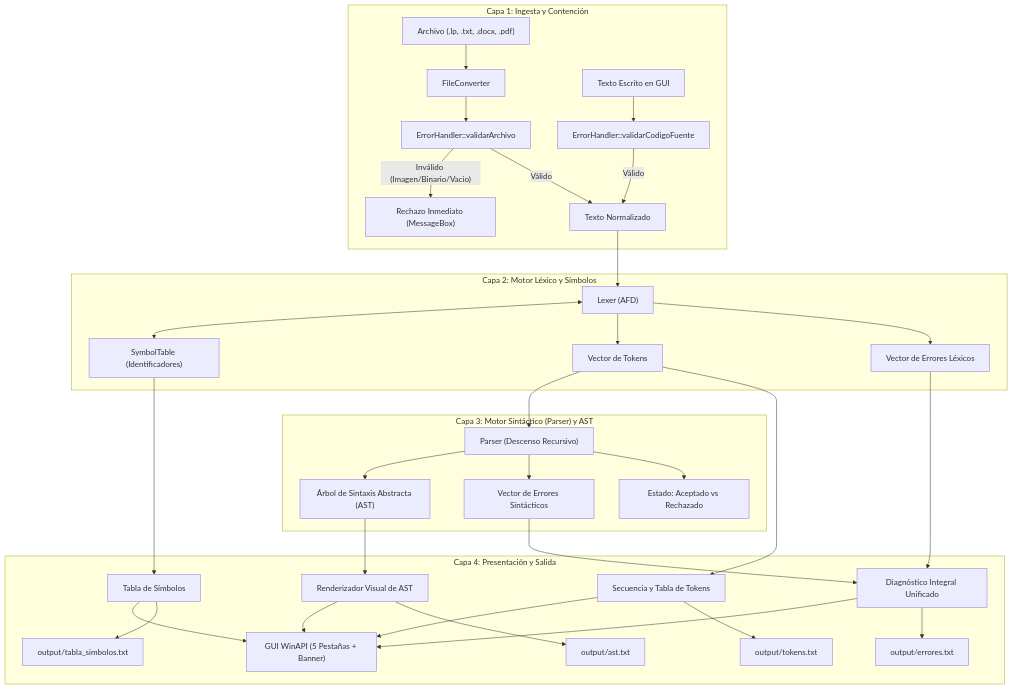
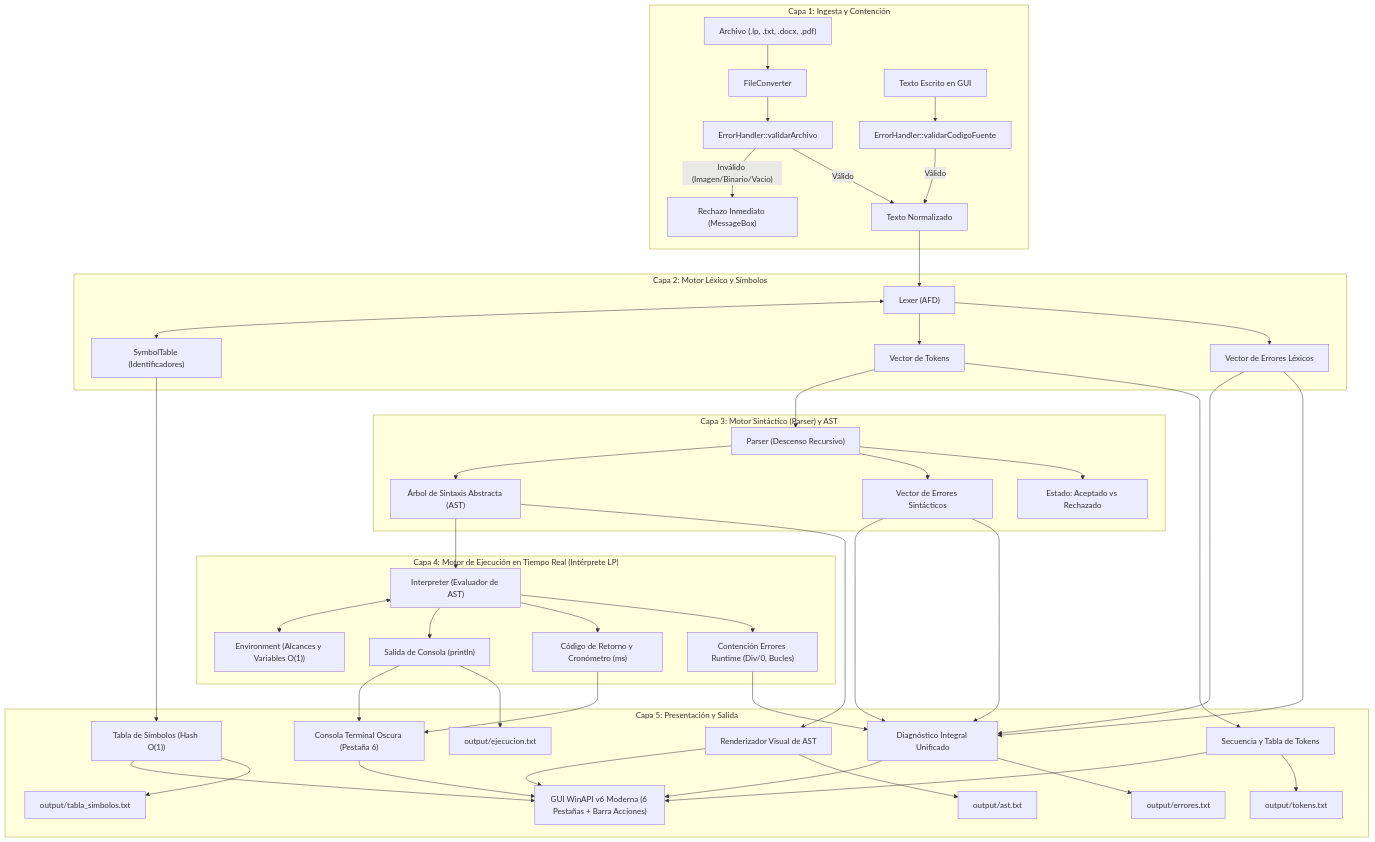
The first of 2 diagrams in ARQUITECTURA.md (Quetzalq4321q/Compiladores), drawn with Mermaid before and after one commit. The commit also changed 15 other files, not shown here.

Commit message:
feat: motor de ejecucion en tiempo real (Interprete LP), estilos visuales modernos WinAPI v6, enlaces estaticos sin dependencias DLL y optimizacion O(1)

````diff
--- a/ARQUITECTURA.md
+++ b/ARQUITECTURA.md
@@ -11,37 +11,48 @@
 ```mermaid
 flowchart TD
     subgraph Entrada["Capa 1: Ingesta y Contención"]
         A["Archivo (.lp, .txt, .docx, .pdf)"] --> B["FileConverter"]
         C["Texto Escrito en GUI"] --> D["ErrorHandler::validarCodigoFuente"]
         B --> E["ErrorHandler::validarArchivo"]
         E -- "Inválido (Imagen/Binario/Vacio)" --> F["Rechazo Inmediato (MessageBox)"]
         E -- "Válido" --> G["Texto Normalizado"]
         D -- "Válido" --> G
     end
 
     subgraph Nucleo["Capa 2: Motor Léxico y Símbolos"]
         G --> H["Lexer (AFD)"]
         H <--> I["SymbolTable (Identificadores)"]
         H --> J["Vector de Tokens"]
         H --> K["Vector de Errores Léxicos"]
     end
 
     subgraph Sintactico["Capa 3: Motor Sintáctico (Parser) y AST"]
         J --> L["Parser (Descenso Recursivo)"]
         L --> M["Árbol de Sintaxis Abstracta (AST)"]
         L --> N["Vector de Errores Sintácticos"]
         L --> O["Estado: Aceptado vs Rechazado"]
     end
 
-    subgraph Presentacion["Capa 4: Presentación y Salida"]
+    subgraph Ejecucion["Capa 4: Motor de Ejecución en Tiempo Real (Intérprete LP)"]
+        M --> INTERP["Interpreter (Evaluador de AST)"]
+        INTERP <--> ENV["Environment (Alcances y Variables O(1))"]
+        INTERP --> OUT_CONSOLE["Salida de Consola (println)"]
+        INTERP --> RET_CODE["Código de Retorno y Cronómetro (ms)"]
+        INTERP --> RUNTIME_ERR["Contención Errores Runtime (Div/0, Bucles)"]
+    end
+
+    subgraph Presentacion["Capa 5: Presentación y Salida"]
         J --> P["Secuencia y Tabla de Tokens"]
-        I --> Q["Tabla de Símbolos"]
+        I --> Q["Tabla de Símbolos (Hash O(1))"]
         M --> R["Renderizador Visual de AST"]
         K & N --> S["Diagnóstico Integral Unificado"]
-        P & Q & R & S --> T["GUI WinAPI (5 Pestañas + Banner)"]
+        OUT_CONSOLE & RET_CODE --> EXEC_UI["Consola Terminal Oscura (Pestaña 6)"]
+        K & N & RUNTIME_ERR --> S["Diagnóstico Integral Unificado"]
+        P & Q & R & S & EXEC_UI --> T["GUI WinAPI v6 Moderna (6 Pestañas + Barra Acciones)"]
         P --> U["output/tokens.txt"]
         Q --> V["output/tabla_simbolos.txt"]
         R --> W["output/ast.txt"]
         S --> X["output/errores.txt"]
+        OUT_CONSOLE --> Y["output/ejecucion.txt"]
     end
 ```
````
